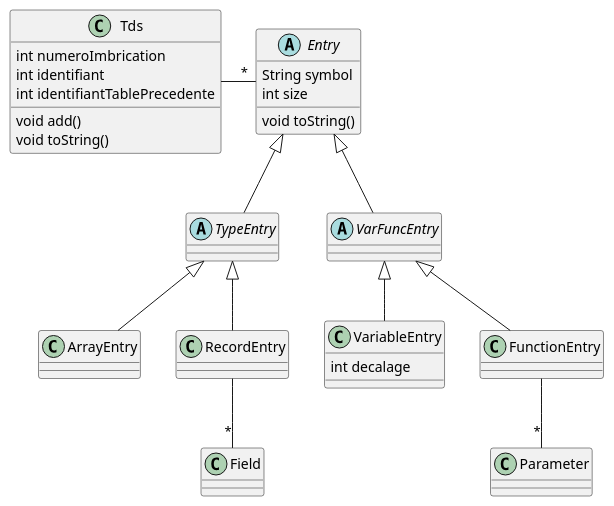
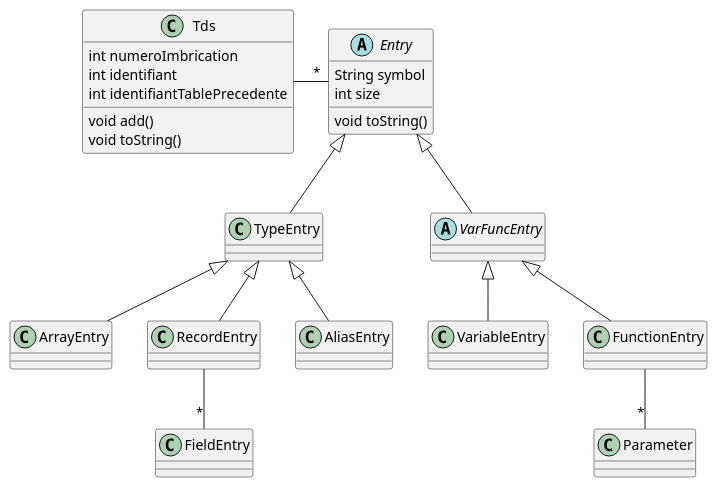
Before and after one commit to Polopopi/Tiger_compiler: the diagram in grammaire/src/tds.plantuml, drawn with PlantUML. The commit also changed 6 other files, not shown here.

```diff
--- a/grammaire/src/tds.plantuml
+++ b/grammaire/src/tds.plantuml
@@ -1,41 +1,40 @@
 @startuml
 
 class Tds{
     int numeroImbrication
     int identifiant
     int identifiantTablePrecedente
     void add()
     void toString()
 }
 
 abstract Entry{
     String symbol
     int size
 
     void toString()
 }
 
-class VariableEntry{
-    int decalage
-}
+class VariableEntry
 class FunctionEntry
-abstract TypeEntry
+class TypeEntry
 abstract VarFuncEntry
 
 
 Tds - "*"Entry
 
 Entry <|-- VarFuncEntry
 Entry <|-- TypeEntry
 VarFuncEntry <|-- VariableEntry
 VarFuncEntry <|-- FunctionEntry
 TypeEntry <|-- ArrayEntry
 TypeEntry <|-- RecordEntry
+TypeEntry <|-- AliasEntry
 
-RecordEntry -- "*"Field 
+RecordEntry -- "*"FieldEntry
 FunctionEntry -- "*"Parameter
 
 
 
 
 @enduml
```
